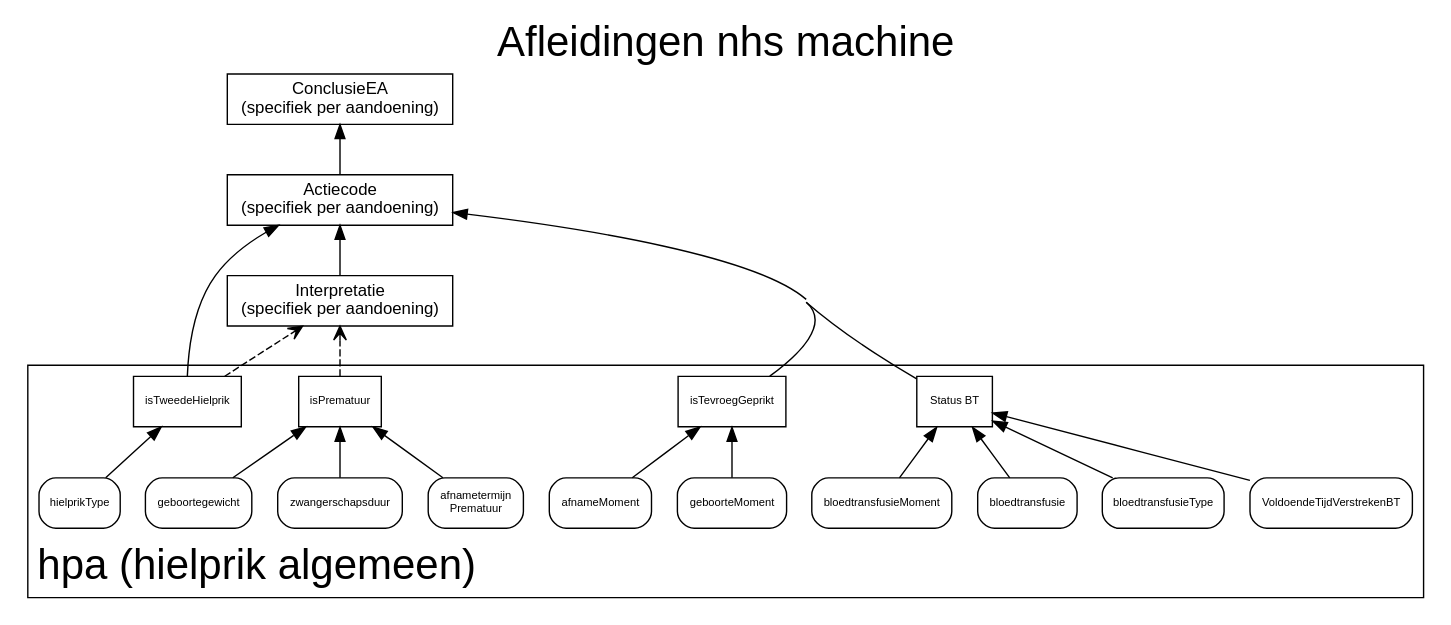
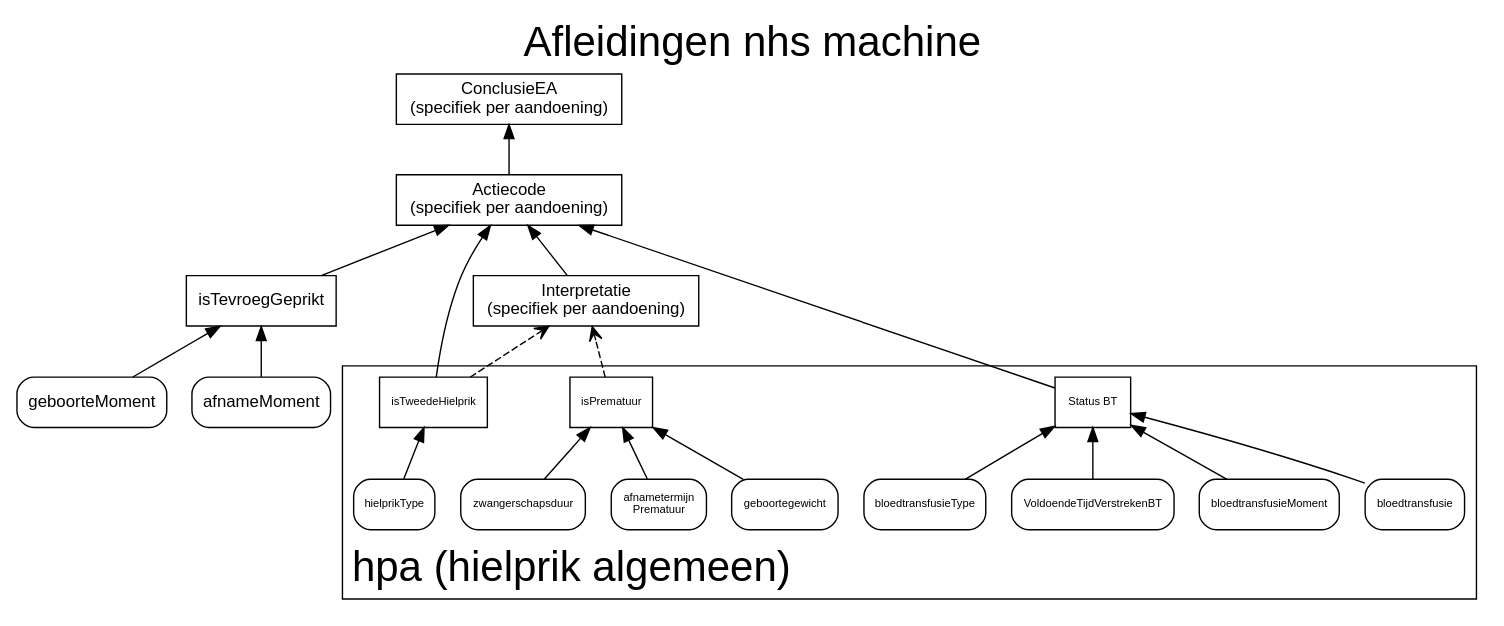
One commit to hanjoosten/KOGITO-8362 changed the diagram in src/main/resources/nhs-dmn/afleidingen-nhs-machine.gv. Above: the diagram before and after it, drawn with Graphviz. The commit also changed 2 other files, not shown here.

Commit message:
gestripte versie van HielprikAlgemeen

```diff
--- a/src/main/resources/nhs-dmn/afleidingen-nhs-machine.gv
+++ b/src/main/resources/nhs-dmn/afleidingen-nhs-machine.gv
@@ -1,79 +1,62 @@
 digraph mygraph {
   rankdir="BT"
   fontname="Helvetica,Arial,sans-serif"
   concentrate=true
 graph [charset="UTF-8"
        fontsize=30
        labelloc="t" 
        label="Afleidingen nhs machine" 
        layout="dot"
        splines=true 
        overlap=false 
        rankdir = "BT"]
 
   node [fontname="Helvetica,Arial,sans-serif"
         shape=Mrecord
         fontsize=12]
   edge [fontname="Helvetica,Arial,sans-serif"]
 
   subgraph cluster_0 {
     label = "hpa (hielprik algemeen)"; // hielprik algemeen 
     node [fontsize=8];
     labelloc="t"
     labeljust=l
 
   isTweedeHielprik [shape=box]
     hielprikType -> isTweedeHielprik
 
-  isTevroegGeprikt [shape=box]
-  geboorteMoment -> isTevroegGeprikt
-  afnameMoment -> isTevroegGeprikt
-
   isPrematuur [shape=box]
     "afnametermijn\nPrematuur" -> isPrematuur
     zwangerschapsduur -> isPrematuur
     geboortegewicht -> isPrematuur
 
   "Status BT"[shape=box]
     bloedtransfusie -> "Status BT"
     bloedtransfusieMoment -> "Status BT"
     VoldoendeTijdVerstrekenBT -> "Status BT"
     bloedtransfusieType -> "Status BT"
   }
 
   ConclusieEA [shape=box label= "ConclusieEA\n (specifiek per aandoening)"]
-  Actiecode -> ConclusieEA
+    Actiecode -> ConclusieEA
 
   Actiecode [shape=box label= "Actiecode\n (specifiek per aandoening)"]
-  Interpretatie -> Actiecode
-  "Status BT" -> Actiecode
-  isTevroegGeprikt -> Actiecode
-  isTweedeHielprik -> Actiecode
+    Interpretatie -> Actiecode
+    "Status BT" -> Actiecode
+    isTevroegGeprikt -> Actiecode
+    isTweedeHielprik -> Actiecode
+
+  isTevroegGeprikt [shape=box]
+    geboorteMoment -> isTevroegGeprikt
+    afnameMoment -> isTevroegGeprikt
 
 
   Interpretatie [shape=box, label= "Interpretatie\n (specifiek per aandoening)"]
    isPrematuur -> Interpretatie [style=dashed arrowhead=open]
    isTweedeHielprik -> Interpretatie [style=dashed arrowhead=open]
-  // T4 -> Interpretatie
-  // TSH -> Interpretatie
-  // TBG -> Interpretatie
-  // "T4/TBG" -> Interpretatie
   
-  // BTNavraagNodig [shape=box]
-  // ErWasEenBT -> BTNavraagNodig
-  // VoldoendeTijdBT -> BTNavraagNodig
-  // TypeBT -> BTNavraagNodig
-
-  // VoldoendeTijdBT [shape=box]
-  // "BTDatum(Tijd)" -> VoldoendeTijdBT
-  // "AfnameDatum(Tijd)" -> VoldoendeTijdBT
-
-  // isTevroegGeprikt [shape=box]
-  // "GeboorteDatum(Tijd)" -> isTevroegGeprikt
-  // "AfnameDatum(Tijd)" -> isTevroegGeprikt
-
 
 
 
 
  }
```
